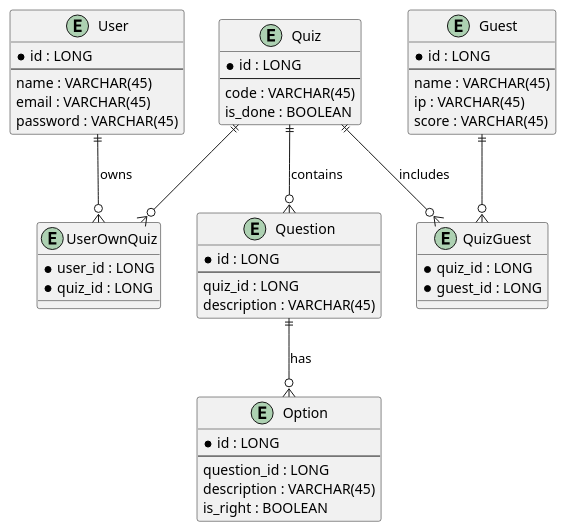
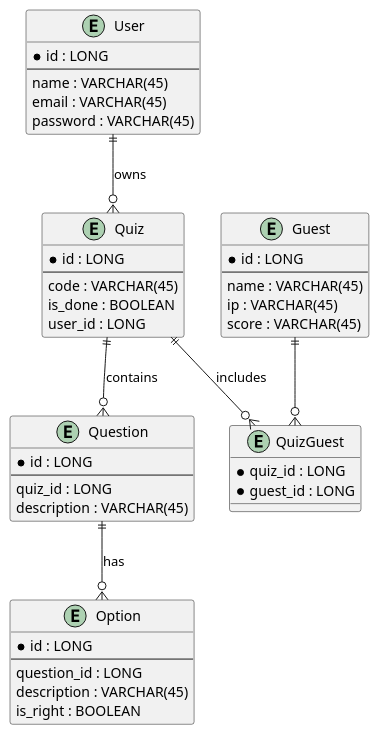
One commit to GuiOdes/ferramenta-quiz changed the diagram in documentation/mer.puml. Above: the diagram before and after it, drawn with PlantUML.

Commit message:
fix user-quiz relationship to one to many

```diff
--- a/documentation/mer.puml
+++ b/documentation/mer.puml
@@ -1,56 +1,51 @@
 @startuml
 entity "User" as user {
   * id : LONG
   --
   name : VARCHAR(45)
   email : VARCHAR(45)
   password : VARCHAR(45)
 }
 
 entity "Quiz" as quiz {
   * id : LONG
   --
   code : VARCHAR(45)
   is_done : BOOLEAN
+  user_id : LONG
 }
 
 entity "Question" as question {
   * id : LONG
   --
   quiz_id : LONG
   description : VARCHAR(45)
 }
 
 entity "Option" as option {
   * id : LONG
   --
   question_id : LONG
   description : VARCHAR(45)
   is_right : BOOLEAN
 }
 
-entity "UserOwnQuiz" as user_own_quiz {
-  * user_id : LONG
-  * quiz_id : LONG
-}
-
 entity "Guest" as guest {
   * id : LONG
   --
   name : VARCHAR(45)
   ip : VARCHAR(45)
   score : VARCHAR(45)
 }
 
 entity "QuizGuest" as quiz_guest {
   * quiz_id : LONG
   * guest_id : LONG
 }
 
-user ||--o{ user_own_quiz : "owns"
-quiz ||--o{ user_own_quiz : ""
+user ||--o{ quiz : "owns"
 quiz ||--o{ question : "contains"
 question ||--o{ option : "has"
 quiz ||--o{ quiz_guest : "includes"
 guest ||--o{ quiz_guest : ""
 @enduml
```
